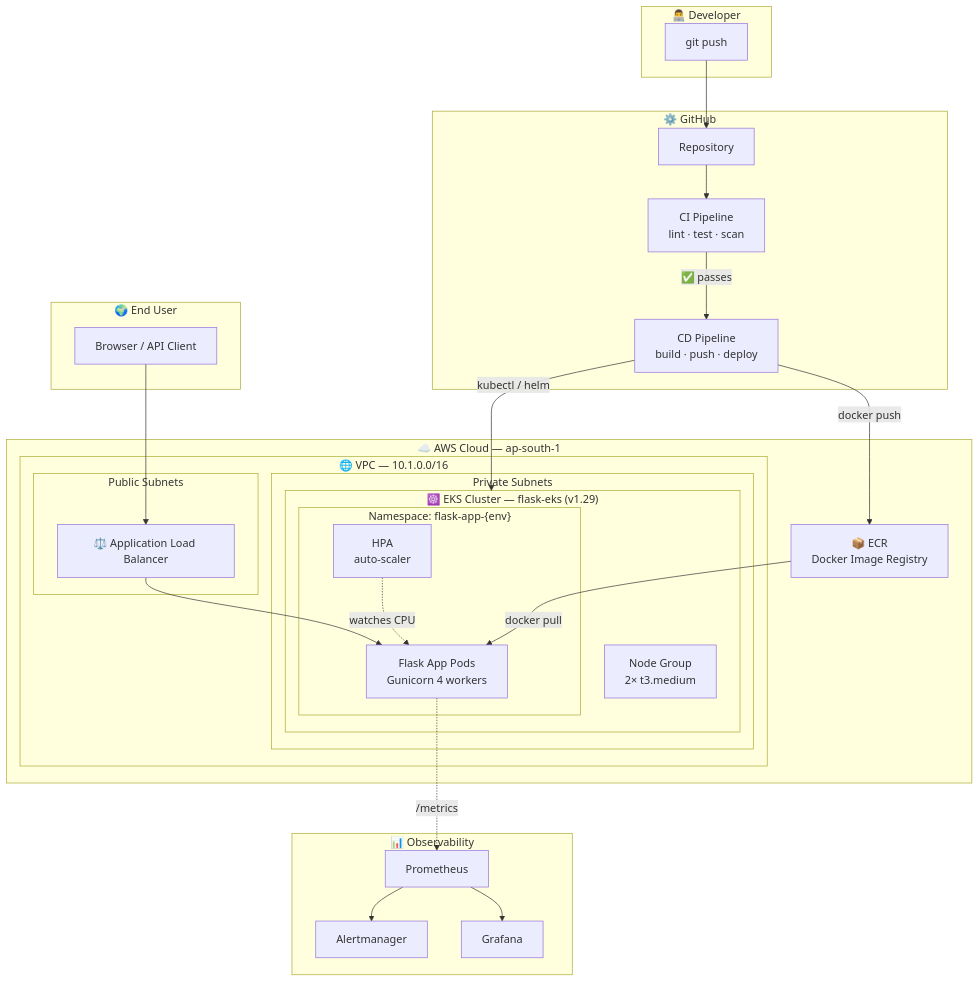
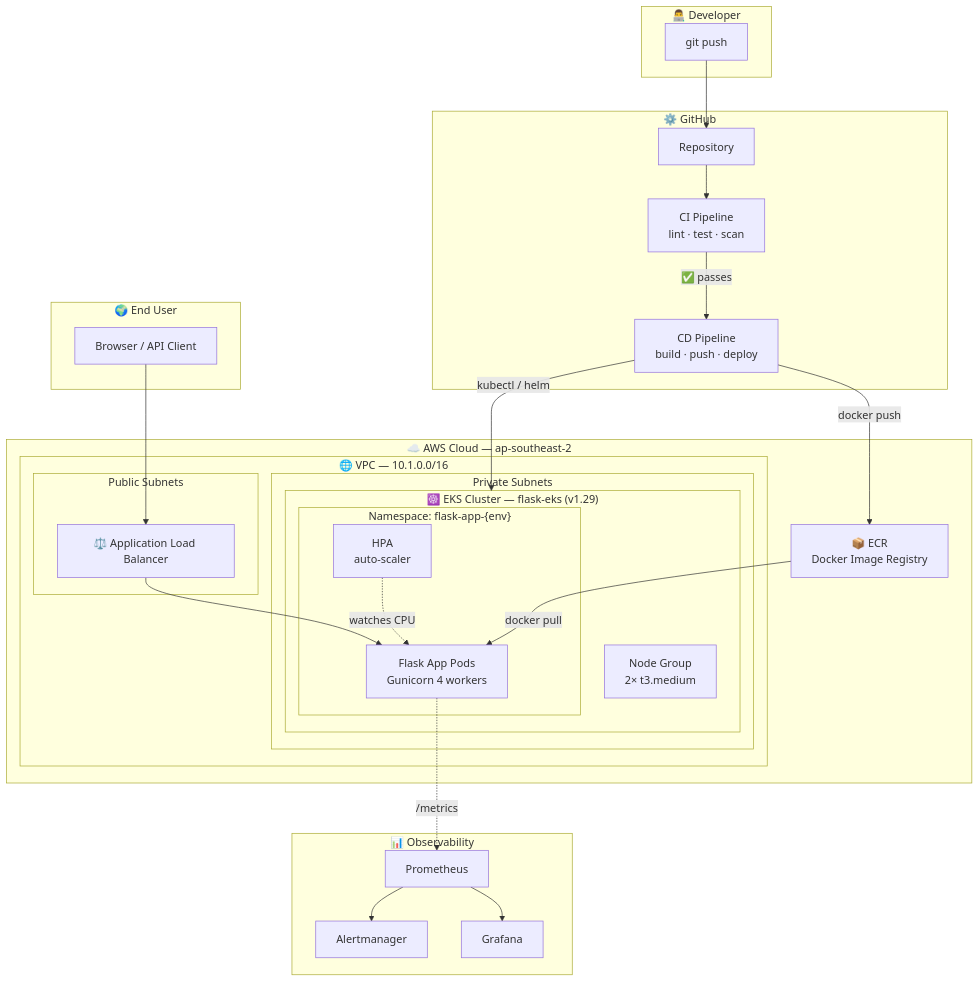
One commit to DevSars24/terraform-eks-devops changed the second of 28 diagrams in README.md. Above: the diagram before and after it, drawn with Mermaid. The commit also changed other lines of this file and 17 other files, not shown here.

````diff
--- a/README.md
+++ b/README.md
@@ -124,50 +124,50 @@
 ```mermaid
 flowchart TB
     subgraph DEV["👨‍💻 Developer"]
         Code["git push"]
     end
 
     subgraph GH["⚙️ GitHub"]
         Repo["Repository"]
         CI["CI Pipeline<br/>lint · test · scan"]
         CD["CD Pipeline<br/>build · push · deploy"]
     end
 
-    subgraph AWS["☁️ AWS Cloud — ap-south-1"]
+    subgraph AWS["☁️ AWS Cloud — ap-southeast-2"]
         ECR["📦 ECR<br/>Docker Image Registry"]
         subgraph VPC["🌐 VPC — 10.1.0.0/16"]
             subgraph PUB["Public Subnets"]
                 ALB["⚖️ Application Load Balancer"]
             end
             subgraph PRIV["Private Subnets"]
                 subgraph EKS["☸️ EKS Cluster — flask-eks (v1.29)"]
                     NODES["Node Group<br/>2× t3.medium"]
                     subgraph NS["Namespace: flask-app-{env}"]
                         PODS["Flask App Pods<br/>Gunicorn 4 workers"]
                         HPA["HPA<br/>auto-scaler"]
                     end
                 end
             end
         end
     end
 
     subgraph OBS["📊 Observability"]
         PROM["Prometheus"]
         GRAF["Grafana"]
         ALERT["Alertmanager"]
     end
 
     subgraph USER["🌍 End User"]
         Browser["Browser / API Client"]
     end
 
     Code --> Repo --> CI
     CI -->|"✅ passes"| CD
     CD -->|"docker push"| ECR
     ECR -->|"docker pull"| PODS
     CD -->|"kubectl / helm"| EKS
     Browser --> ALB --> PODS
     PODS -.->|"/metrics"| PROM --> GRAF
     PROM --> ALERT
     HPA -.->|"watches CPU"| PODS
 ```
````
